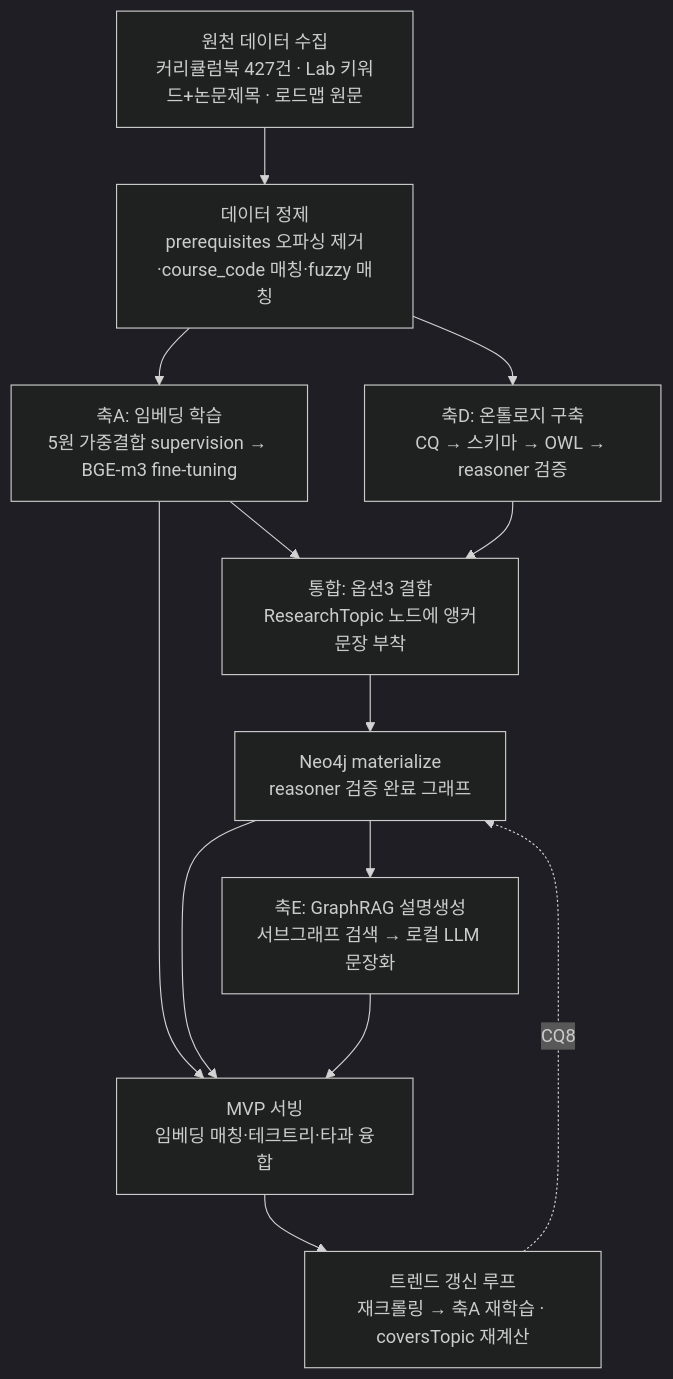
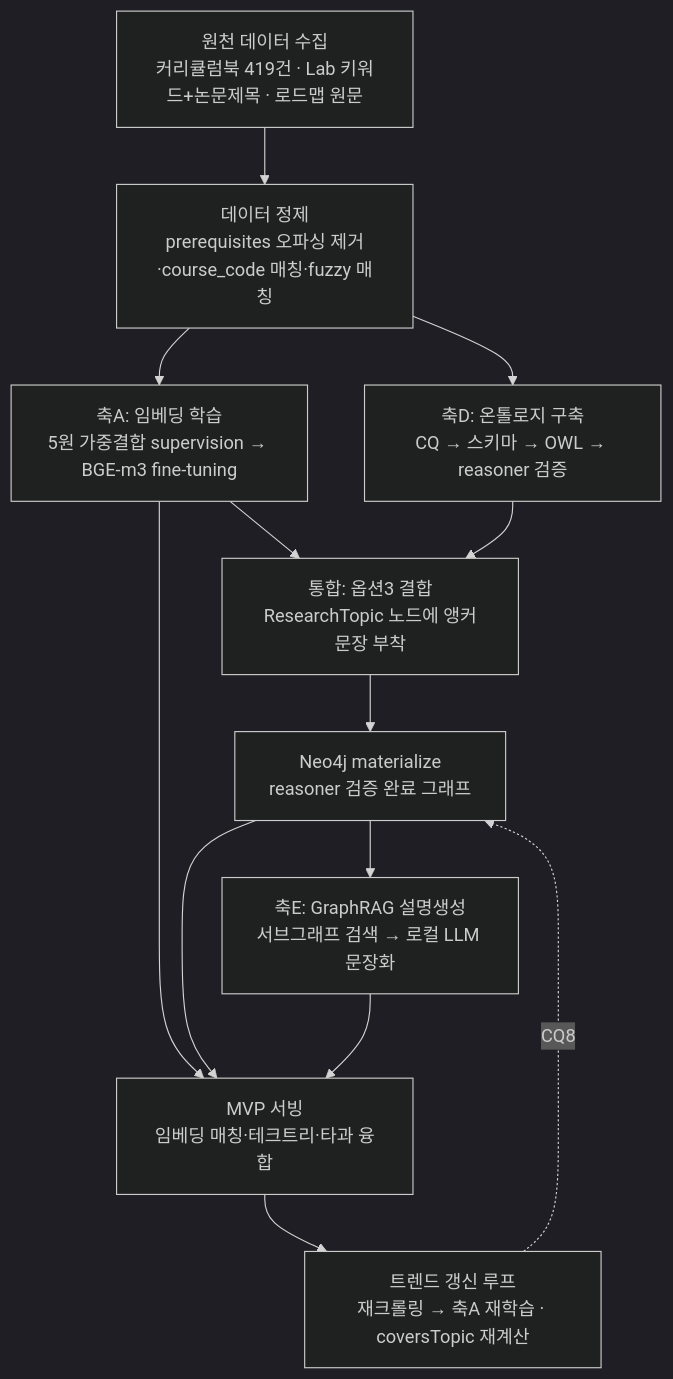
Before and after one commit to sternjeong/UGRP_2026: the first of 5 diagrams in PROJECT_DESIGN.md, drawn with Mermaid (dark theme). The commit also changed other lines of this file and 20 other files, not shown here.

````diff
--- a/PROJECT_DESIGN.md
+++ b/PROJECT_DESIGN.md
@@ -360,15 +381,15 @@
 ```mermaid
 flowchart TD
-    A[원천 데이터 수집<br/>커리큘럼북 427건 · Lab 키워드+논문제목 · 로드맵 원문] --> B[데이터 정제<br/>prerequisites 오파싱 제거·course_code 매칭·fuzzy 매칭]
+    A[원천 데이터 수집<br/>커리큘럼북 419건 · Lab 키워드+논문제목 · 로드맵 원문] --> B[데이터 정제<br/>prerequisites 오파싱 제거·course_code 매칭·fuzzy 매칭]
     B --> C[축A: 임베딩 학습<br/>5원 가중결합 supervision → BGE-m3 fine-tuning]
     B --> D[축D: 온톨로지 구축<br/>CQ → 스키마 → OWL → reasoner 검증]
     C --> E[통합: 옵션3 결합<br/>ResearchTopic 노드에 앵커문장 부착]
     D --> E
     E --> F[Neo4j materialize<br/>reasoner 검증 완료 그래프]
     F --> G[축E: GraphRAG 설명생성<br/>서브그래프 검색 → 로컬 LLM 문장화]
     C --> H[MVP 서빙<br/>임베딩 매칭·테크트리·타과 융합]
     F --> H
     G --> H
     H --> I[트렌드 갱신 루프<br/>재크롤링 → 축A 재학습 · coversTopic 재계산]
     I -.CQ8.-> F
 ```
````
